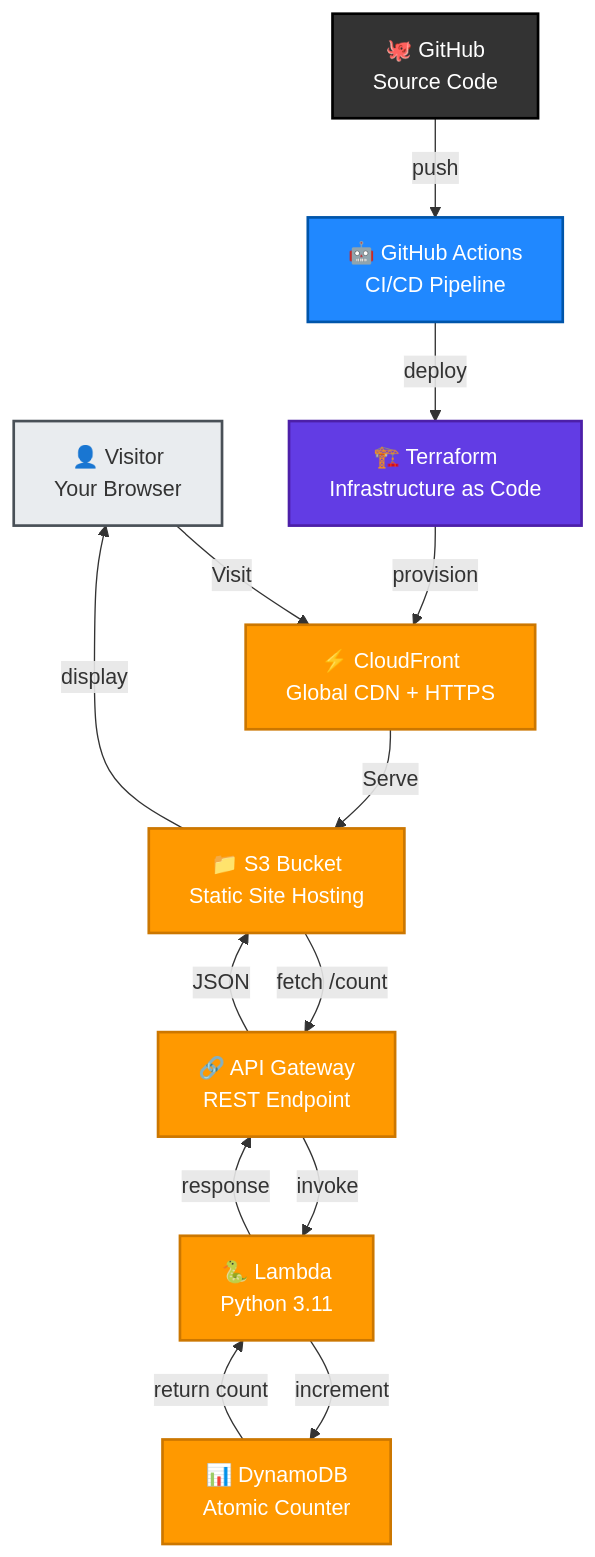
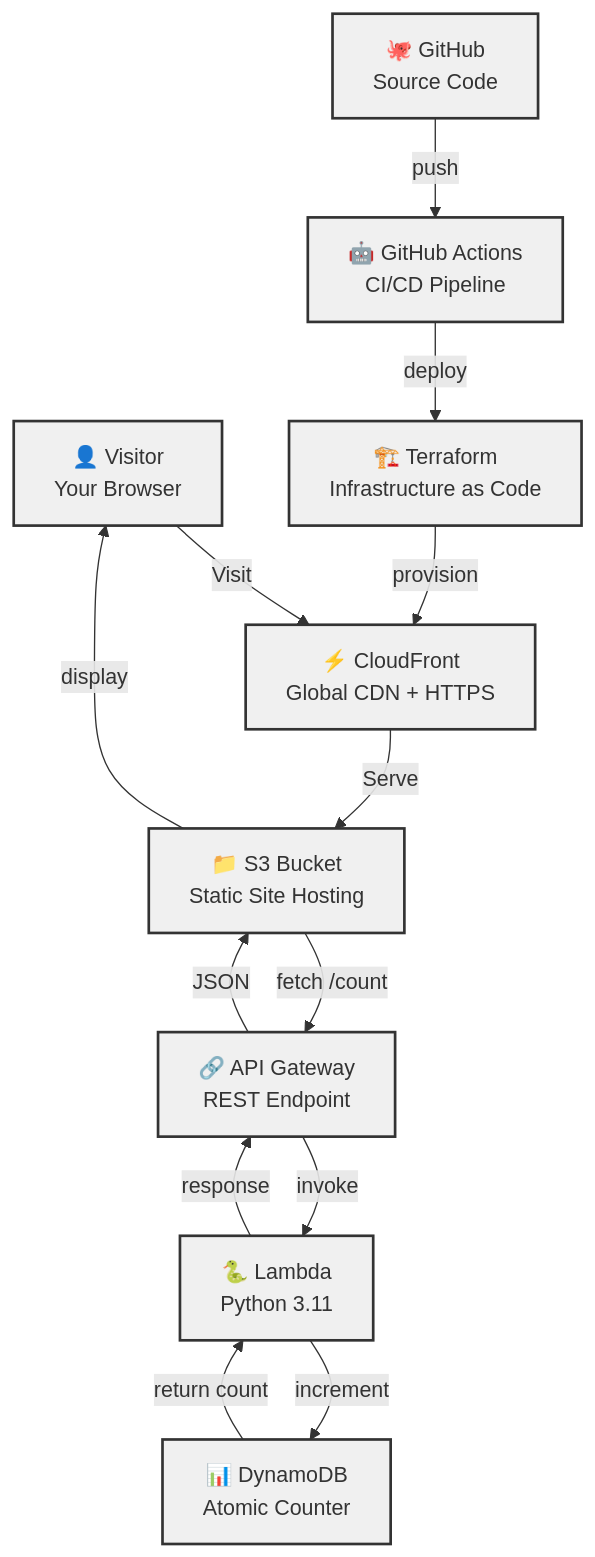
One commit to stanleyjnrkanzara-wq/Cloud-Resume-Challenge changed the diagram in README.md. Above: the diagram before and after it, drawn with Mermaid.

Commit message:
Simplify architecture diagram: use single color for all rectangles

````diff
--- a/README.md
+++ b/README.md
@@ -36,37 +36,37 @@
 ```mermaid
 graph TB
     User["👤 Visitor<br/>Your Browser"]
     CF["⚡ CloudFront<br/>Global CDN + HTTPS"]
     S3["📁 S3 Bucket<br/>Static Site Hosting"]
     APIGW["🔗 API Gateway<br/>REST Endpoint"]
     Lambda["🐍 Lambda<br/>Python 3.11"]
     DDB["📊 DynamoDB<br/>Atomic Counter"]
     
     GH["🐙 GitHub<br/>Source Code"]
     GHA["🤖 GitHub Actions<br/>CI/CD Pipeline"]
     TF["🏗️ Terraform<br/>Infrastructure as Code"]
     
     User -->|Visit| CF
     CF -->|Serve| S3
     S3 -->|fetch /count| APIGW
     APIGW -->|invoke| Lambda
     Lambda -->|increment| DDB
     DDB -->|return count| Lambda
     Lambda -->|response| APIGW
     APIGW -->|JSON| S3
     S3 -->|display| User
     
     GH -->|push| GHA
     GHA -->|deploy| TF
     TF -->|provision| CF
     
-    style User fill:#e9ecef,stroke:#495057,stroke-width:2px
-    style CF fill:#FF9900,stroke:#cc7700,stroke-width:2px,color:#fff
-    style S3 fill:#FF9900,stroke:#cc7700,stroke-width:2px,color:#fff
-    style APIGW fill:#FF9900,stroke:#cc7700,stroke-width:2px,color:#fff
-    style Lambda fill:#FF9900,stroke:#cc7700,stroke-width:2px,color:#fff
-    style DDB fill:#FF9900,stroke:#cc7700,stroke-width:2px,color:#fff
-    style GH fill:#333,stroke:#000,stroke-width:2px,color:#fff
-    style GHA fill:#2088FF,stroke:#0055aa,stroke-width:2px,color:#fff
-    style TF fill:#623CE4,stroke:#4c1fa8,stroke-width:2px,color:#fff
+    style User fill:#f0f0f0,stroke:#333,stroke-width:2px
+    style CF fill:#f0f0f0,stroke:#333,stroke-width:2px
+    style S3 fill:#f0f0f0,stroke:#333,stroke-width:2px
+    style APIGW fill:#f0f0f0,stroke:#333,stroke-width:2px
+    style Lambda fill:#f0f0f0,stroke:#333,stroke-width:2px
+    style DDB fill:#f0f0f0,stroke:#333,stroke-width:2px
+    style GH fill:#f0f0f0,stroke:#333,stroke-width:2px
+    style GHA fill:#f0f0f0,stroke:#333,stroke-width:2px
+    style TF fill:#f0f0f0,stroke:#333,stroke-width:2px
 ```
````
